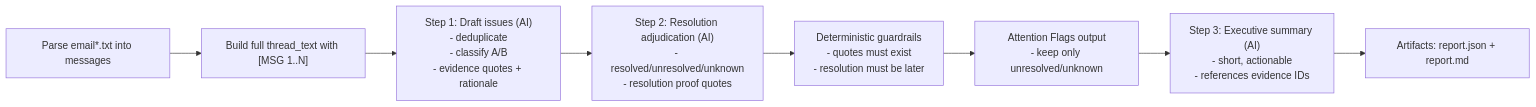
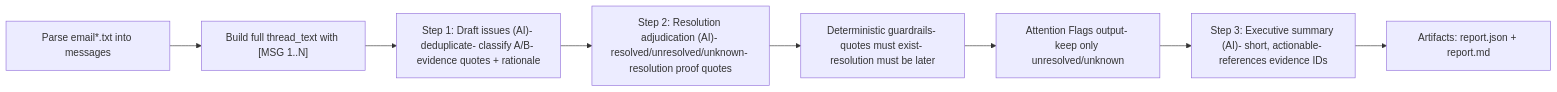
Before and after one commit to mmiland99/AI_DEV_TEST: the second of 2 diagrams in Blueprint.md, drawn with Mermaid. The commit also changed other lines of this file, not shown here.

````diff
--- a/Blueprint.md
+++ b/Blueprint.md
@@ -113,10 +113,10 @@
 ```mermaid
 flowchart LR
   A["Parse email*.txt into messages"] --> B["Build full thread_text with [MSG 1..N]"]
-  B --> C["Step 1: Draft issues (AI)\n- deduplicate\n- classify A/B\n- evidence quotes + rationale"]
-  C --> D["Step 2: Resolution adjudication (AI)\n- resolved/unresolved/unknown\n- resolution proof quotes"]
-  D --> E["Deterministic guardrails\n- quotes must exist\n- resolution must be later"]
-  E --> F["Attention Flags output\n- keep only unresolved/unknown"]
-  F --> G["Step 3: Executive summary (AI)\n- short, actionable\n- references evidence IDs"]
+  B --> C["Step 1: Draft issues (AI)- deduplicate- classify A/B- evidence quotes + rationale"]
+  C --> D["Step 2: Resolution adjudication (AI)- resolved/unresolved/unknown- resolution proof quotes"]
+  D --> E["Deterministic guardrails- quotes must exist- resolution must be later"]
+  E --> F["Attention Flags output- keep only unresolved/unknown"]
+  F --> G["Step 3: Executive summary (AI)- short, actionable- references evidence IDs"]
   G --> H["Artifacts: report.json + report.md"]
   ```
````
